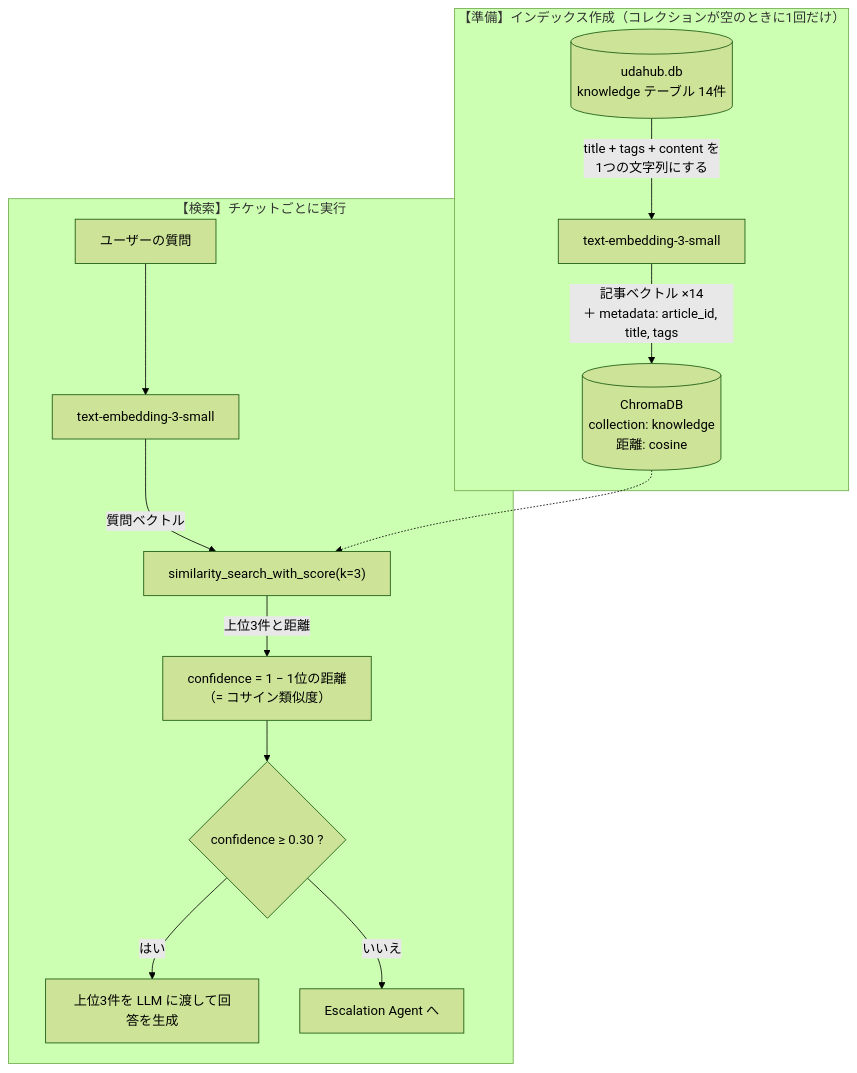
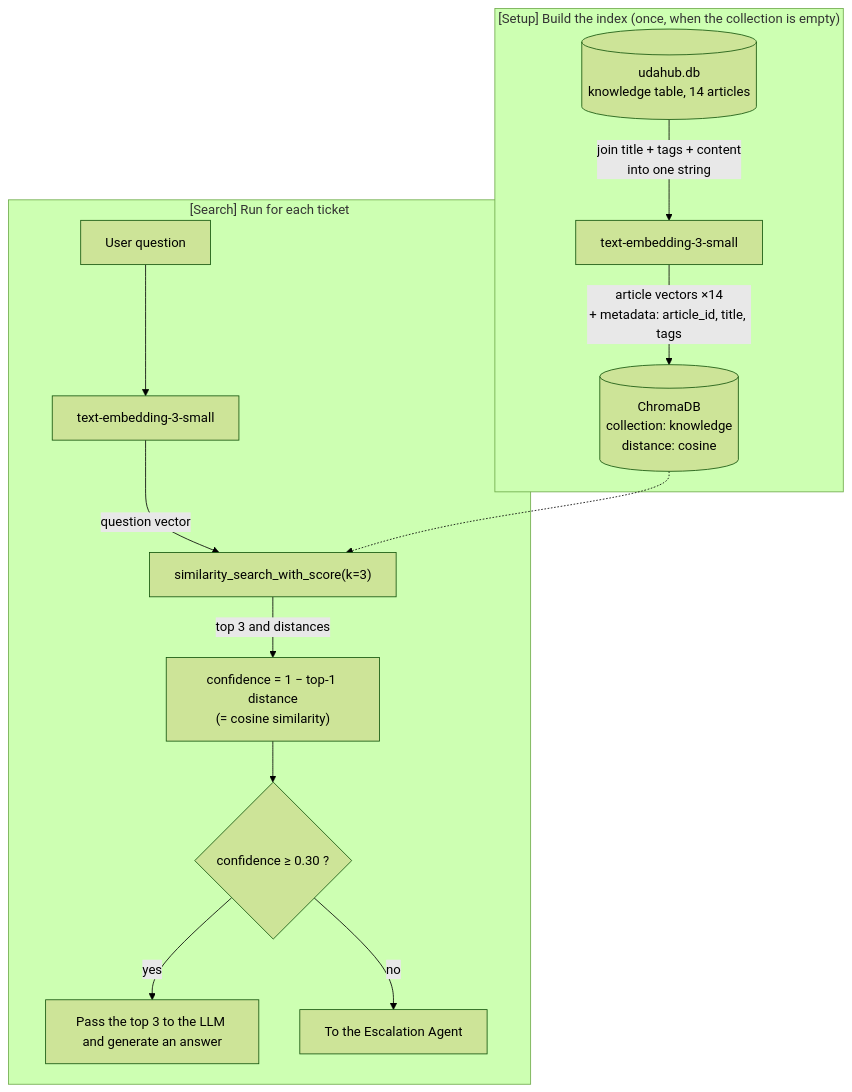
The second of 3 diagrams in solution/agentic/design/architecture.md (kayfuku/project3-uda-hub-agent), drawn with Mermaid (forest theme) before and after one commit. The commit also changed other lines of this file and 1 other file, not shown here.

````diff
--- a/solution/agentic/design/architecture.md
+++ b/solution/agentic/design/architecture.md
@@ -169,17 +169,17 @@
 ```mermaid
 flowchart TD
-    subgraph INDEX["【準備】インデックス作成（コレクションが空のときに1回だけ）"]
-        KB[(udahub.db<br/>knowledge テーブル 14件)] -->|"title + tags + content を<br/>1つの文字列にする"| EMB1[text-embedding-3-small]
-        EMB1 -->|"記事ベクトル ×14<br/>＋ metadata: article_id, title, tags"| CHROMA[(ChromaDB<br/>collection: knowledge<br/>距離: cosine)]
+    subgraph INDEX["[Setup] Build the index (once, when the collection is empty)"]
+        KB[(udahub.db<br/>knowledge table, 14 articles)] -->|"join title + tags + content<br/>into one string"| EMB1[text-embedding-3-small]
+        EMB1 -->|"article vectors ×14<br/>+ metadata: article_id, title, tags"| CHROMA[(ChromaDB<br/>collection: knowledge<br/>distance: cosine)]
     end
 
-    subgraph SEARCH["【検索】チケットごとに実行"]
-        Q[ユーザーの質問] --> EMB2[text-embedding-3-small]
-        EMB2 -->|質問ベクトル| QUERY["similarity_search_with_score(k=3)"]
+    subgraph SEARCH["[Search] Run for each ticket"]
+        Q[User question] --> EMB2[text-embedding-3-small]
+        EMB2 -->|question vector| QUERY["similarity_search_with_score(k=3)"]
         CHROMA -.-> QUERY
-        QUERY -->|"上位3件と距離"| SCORE["confidence = 1 − 1位の距離<br/>（= コサイン類似度）"]
+        QUERY -->|"top 3 and distances"| SCORE["confidence = 1 − top-1 distance<br/>(= cosine similarity)"]
         SCORE --> TH{confidence ≥ 0.30 ?}
-        TH -->|はい| ANS[上位3件を LLM に渡して回答を生成]
-        TH -->|いいえ| ESC[Escalation Agent へ]
+        TH -->|yes| ANS[Pass the top 3 to the LLM and generate an answer]
+        TH -->|no| ESC[To the Escalation Agent]
     end
 ```
````
